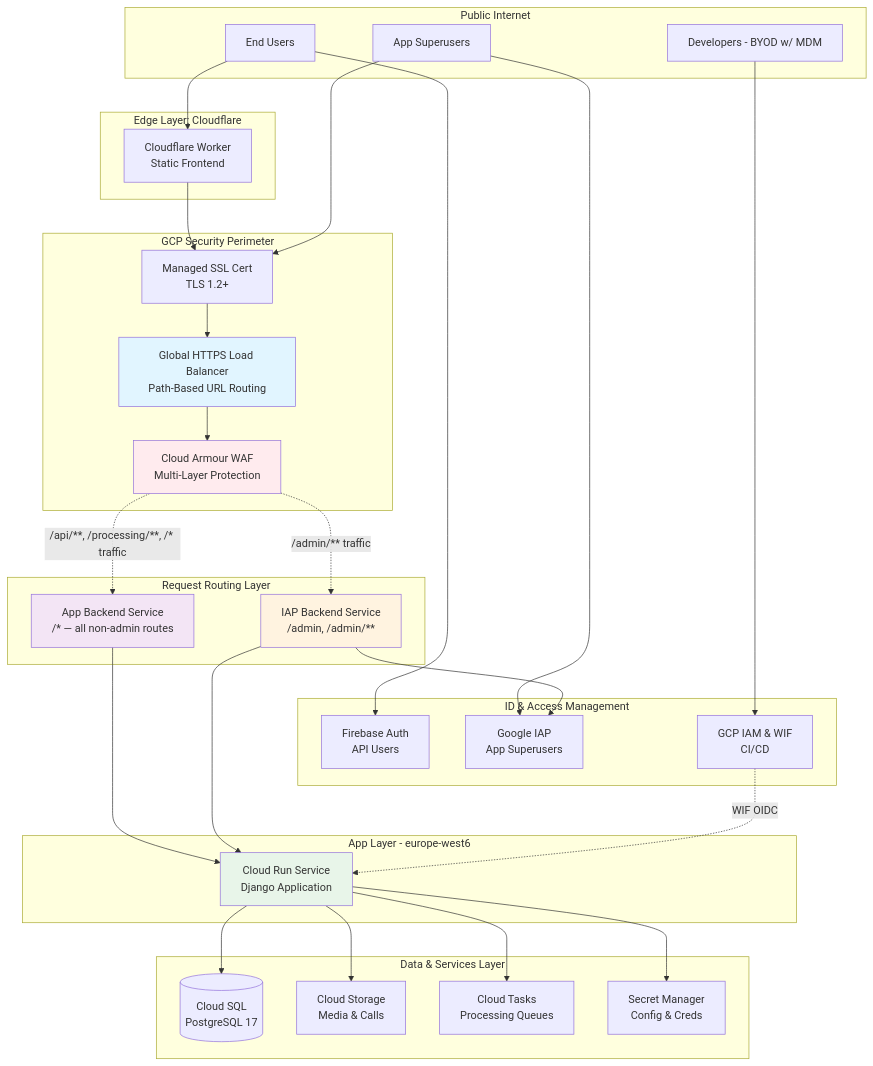
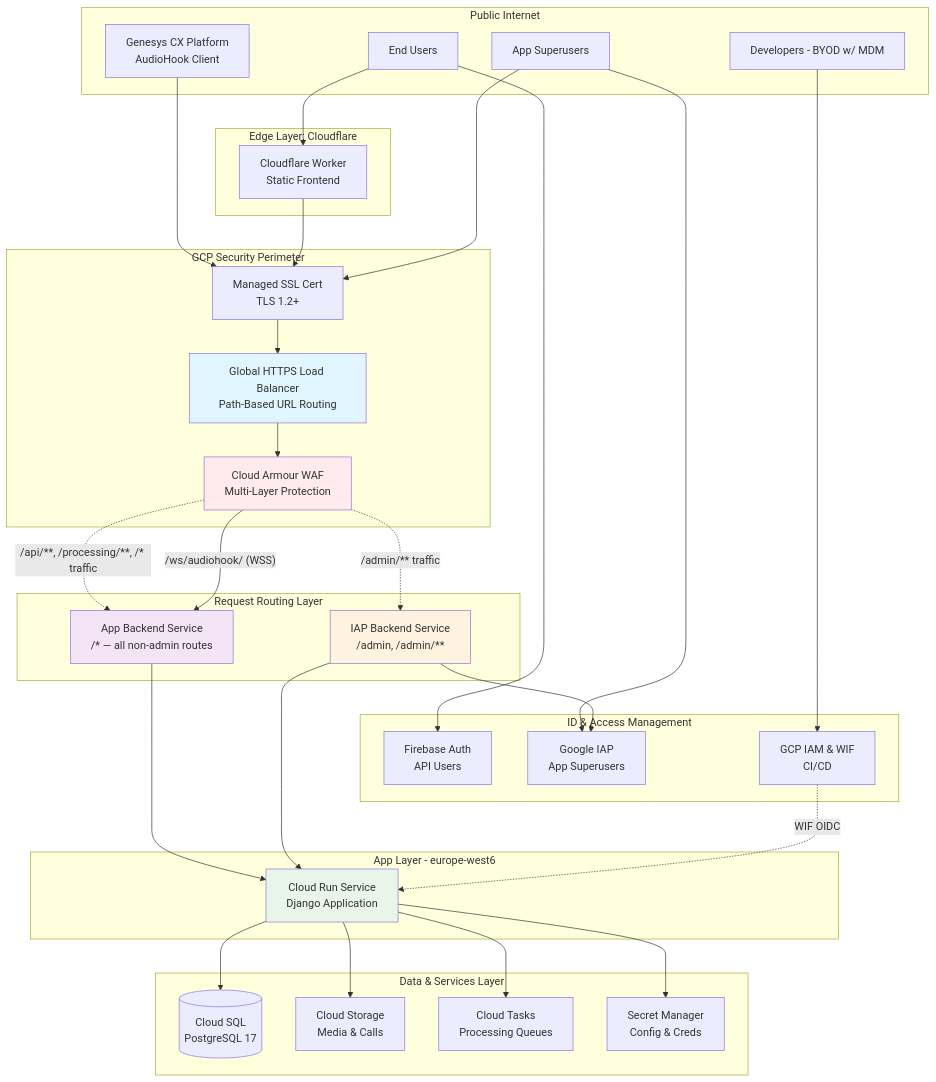
One commit to TellMeCH/tellme-app changed the diagram in terraform/stacks/api_revision/README.md. Above: the diagram before and after it, drawn with Mermaid. The commit also changed other lines of this file and 1 other file, not shown here.

````diff
--- a/terraform/stacks/api_revision/README.md
+++ b/terraform/stacks/api_revision/README.md
@@ -11,75 +11,80 @@
 ```mermaid
 graph TB
     subgraph User_Zone [Public Internet]
         EndUser[End Users]
         AdminUser[App Superusers]
         Devs[Developers - BYOD w/ MDM]
+        Genesys[Genesys CX Platform<br/>AudioHook Client]
     end
 
     subgraph Edge_Zone [Edge Layer: Cloudflare]
         CFW[Cloudflare Worker<br/>Static Frontend]
     end
 
     subgraph Identity_Layer [ID & Access Management]
         Firebase[Firebase Auth<br/>API Users]
-        GoogleIAP[Google IAP<br/>App Superusers]
+        GoogleIAP[Google IAP<br/>App Superusers] 
         IAM[GCP IAM & WIF<br/>CI/CD]
     end
 
     subgraph GCP_Boundary [GCP Security Perimeter]
         SSL[Managed SSL Cert<br/>TLS 1.2+]
         LB[Global HTTPS Load Balancer<br/>Path-Based URL Routing]
         CA[Cloud Armour WAF<br/>Multi-Layer Protection]
     end
 
     subgraph Routing_Layer [Request Routing Layer]
         AppBackend[App Backend Service<br/>/* — all non-admin routes]
         IAPBackend[IAP Backend Service<br/>/admin, /admin/**]
     end
 
     subgraph GCP_Compute [App Layer - europe-west6]
         CloudRun[Cloud Run Service<br/>Django Application]
     end
 
     subgraph GCP_Data [Data & Services Layer]
         SQL[(Cloud SQL<br/>PostgreSQL 17)]
         GCS[Cloud Storage<br/>Media & Calls]
         Tasks[Cloud Tasks<br/>Processing Queues]
         Secrets[Secret Manager<br/>Config & Creds]
     end
 
     %% User flows
     EndUser --> Firebase
     EndUser --> CFW
     AdminUser --> GoogleIAP
     Devs --> IAM
+    Genesys --> SSL
 
     %% API path
     CFW --> SSL
     SSL --> LB
     LB --> CA
     CA -."/api/**, /processing/**, /* traffic".-> AppBackend
     AppBackend --> CloudRun
 
     %% Admin path
     AdminUser --> SSL
     CA -."/admin/** traffic".-> IAPBackend
     IAPBackend --> GoogleIAP
     IAPBackend --> CloudRun
+
+    %% AudioHook path
+    CA --"/ws/audiohook/ (WSS)"--> AppBackend
 
     %% CI/CD path
     IAM -.WIF OIDC.-> CloudRun
 
     %% Data access
     CloudRun --> SQL
     CloudRun --> GCS
     CloudRun --> Tasks
     CloudRun --> Secrets
 
     %% Styling
     style CA fill:#ffebee
     style AppBackend fill:#f3e5f5
     style IAPBackend fill:#fff3e0
     style LB fill:#e1f5ff
     style CloudRun fill:#e8f5e9
 ```
````
